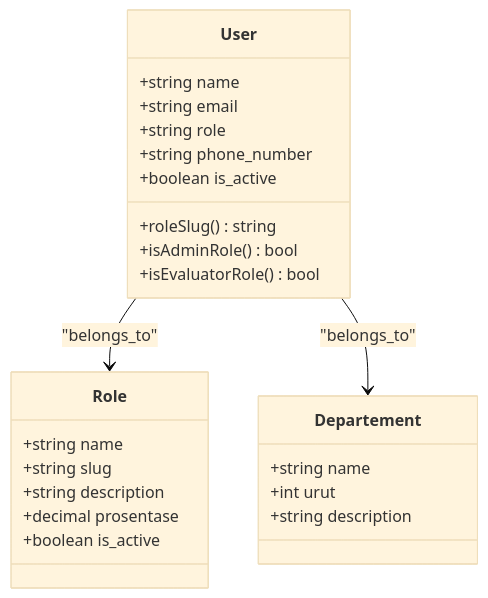
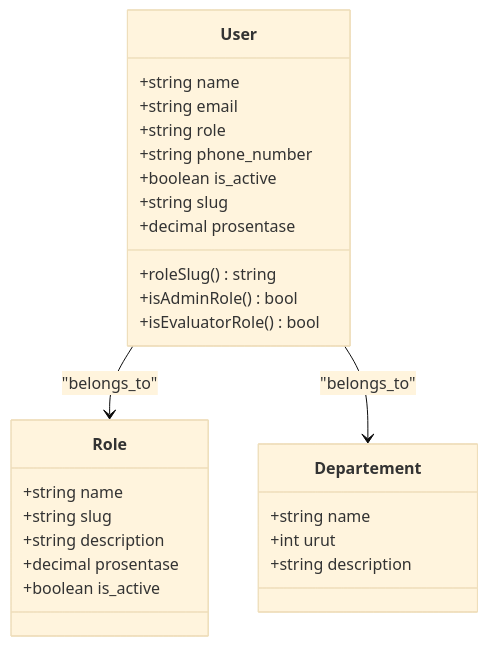
Before and after one commit to rudicatsmile/assesment360: the third of 7 diagrams in .qoder/repowiki/en/content/Data Models & Database Schema/Data Models & Database Schema.md, drawn with Mermaid (base theme). The commit also changed other lines of this file and 10 other files, not shown here.

First line of the commit message:
feat(auth): enhance user model with slug and prosentase fields

````diff
--- a/.qoder/repowiki/en/content/Data Models & Database Schema/Data Models & Database Schema.md
+++ b/.qoder/repowiki/en/content/Data Models & Database Schema/Data Models & Database Schema.md
@@ -326,27 +349,29 @@
 ```mermaid
 classDiagram
 class Role {
 +string name
 +string slug
 +string description
 +decimal prosentase
 +boolean is_active
 }
 class User {
 +string name
 +string email
 +string role
 +string phone_number
 +boolean is_active
++string slug
++decimal prosentase
 +roleSlug() string
 +isAdminRole() bool
 +isEvaluatorRole() bool
 }
 class Departement {
 +string name
 +int urut
 +string description
 }
 User --> Role : "belongs_to"
 User --> Departement : "belongs_to"
 ```
````
